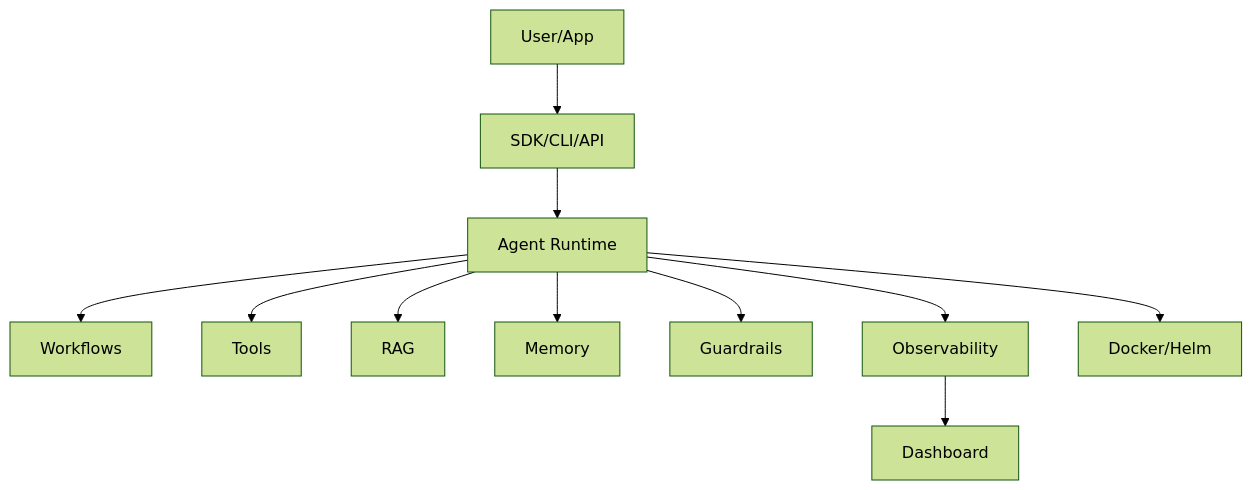
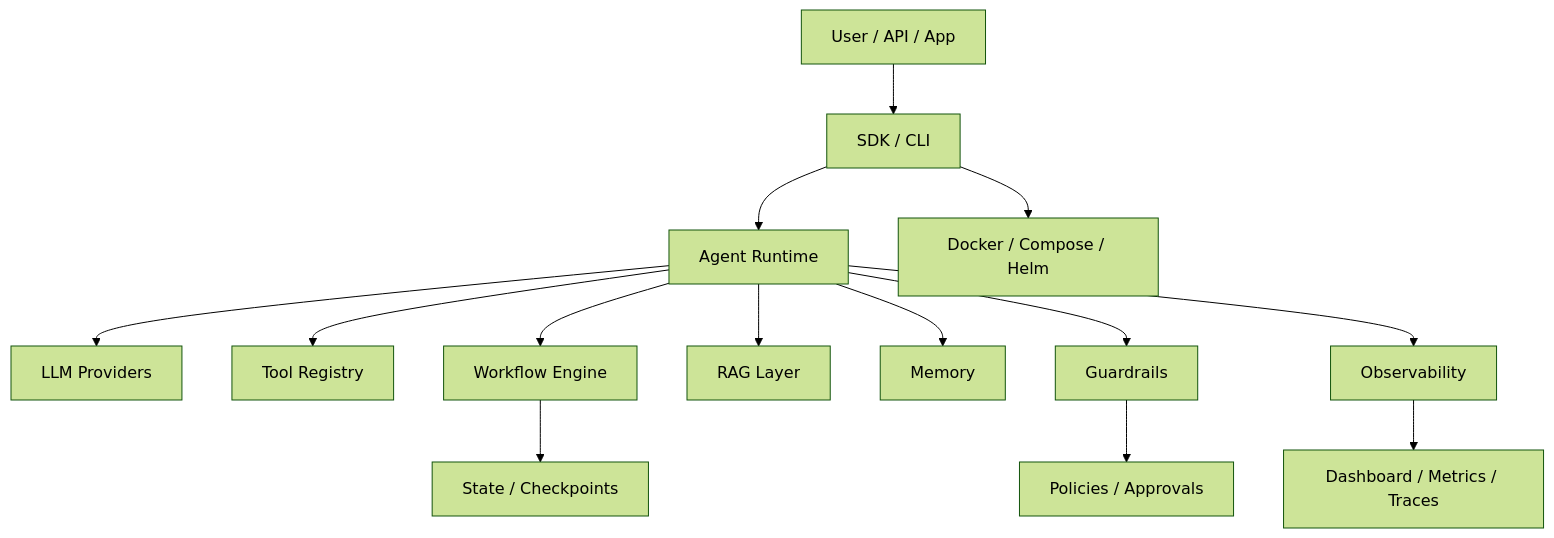
The third of 4 diagrams in WEBSITE_CONTENT.md (Rivailabs/largestack), drawn with Mermaid (forest theme) before and after one commit. The commit also changed other lines of this file and 21 other files, not shown here.

````diff
--- a/WEBSITE_CONTENT.md
+++ b/WEBSITE_CONTENT.md
@@ -90,13 +661,16 @@
 ```mermaid
 flowchart TD
-    U[User/App] --> SDK[SDK/CLI/API]
+    U[User / API / App] --> SDK[SDK / CLI]
     SDK --> A[Agent Runtime]
-    A --> W[Workflows]
-    A --> T[Tools]
-    A --> R[RAG]
+    A --> P[LLM Providers]
+    A --> T[Tool Registry]
+    A --> W[Workflow Engine]
+    A --> R[RAG Layer]
     A --> M[Memory]
     A --> G[Guardrails]
     A --> O[Observability]
-    O --> D[Dashboard]
-    A --> DEP[Docker/Helm]
+    W --> S[State / Checkpoints]
+    G --> Policy[Policies / Approvals]
+    O --> Dash[Dashboard / Metrics / Traces]
+    SDK --> D[Docker / Compose / Helm]
 ```
````
